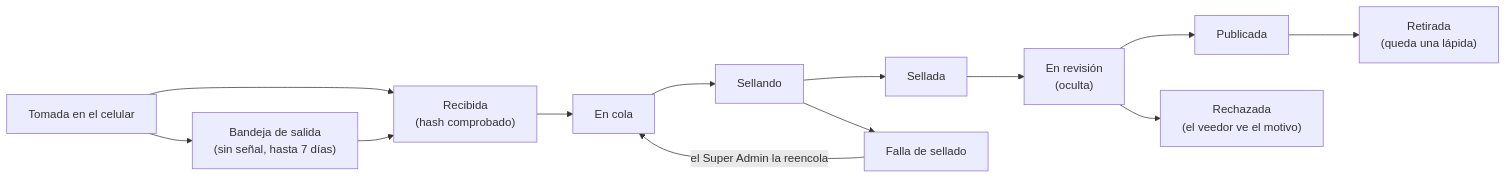
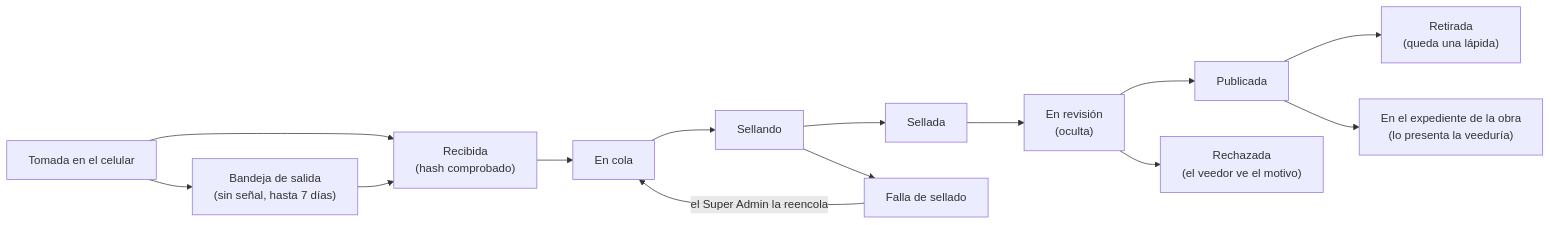
One commit to cristhianbarros/govtrace-app changed the third of 3 diagrams in docs/mapa-funcional.md. Above: the diagram before and after it, drawn with Mermaid. The commit also changed other lines of this file, not shown here.

First line of the commit message:
docs: el expediente de la obra en el mapa funcional (US-056-LEG) (#101)

````diff
--- a/docs/mapa-funcional.md
+++ b/docs/mapa-funcional.md
@@ -338,15 +347,16 @@
 ```mermaid
 flowchart LR
   cap["Tomada en el celular"] --> out["Bandeja de salida<br/>(sin señal, hasta 7 días)"]
   cap --> rec["Recibida<br/>(hash comprobado)"]
   out --> rec
   rec --> q["En cola"]
   q --> tx["Sellando"]
   tx --> s["Sellada"]
   tx --> f["Falla de sellado"]
   f -->|"el Super Admin la reencola"| q
   s --> h["En revisión<br/>(oculta)"]
   h --> p["Publicada"]
   h --> r["Rechazada<br/>(el veedor ve el motivo)"]
   p --> w["Retirada<br/>(queda una lápida)"]
+  p --> x["En el expediente de la obra<br/>(lo presenta la veeduría)"]
 ```
````
